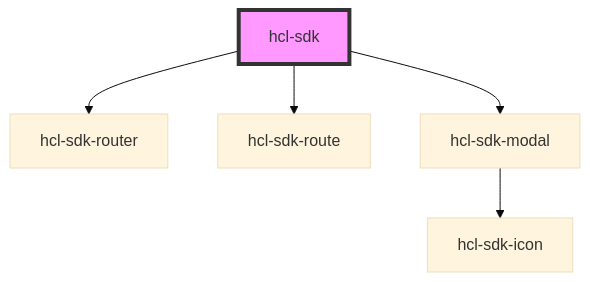
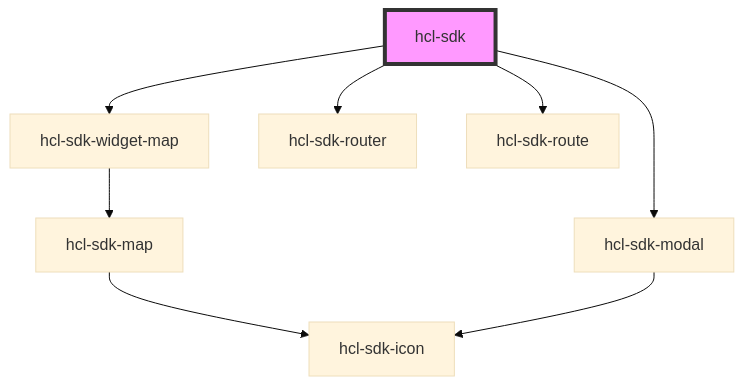
The diagram in packages/hcl-sdk-web-ui/docs/components/screens/hcl-sdk/readme.md (hcl-sdk/HealthCareLocatorWebSDK), drawn with Mermaid (base theme) before and after one commit. The commit also changed other lines of this file and 27 other files, not shown here.

Commit message:
feat(sdk-464): add configuration to allow users to set map-only widget mode

````diff
--- a/packages/hcl-sdk-web-ui/docs/components/screens/hcl-sdk/readme.md
+++ b/packages/hcl-sdk-web-ui/docs/components/screens/hcl-sdk/readme.md
@@ -60,8 +69,11 @@
 ```mermaid
 graph TD;
+  hcl-sdk --> hcl-sdk-widget-map
   hcl-sdk --> hcl-sdk-router
   hcl-sdk --> hcl-sdk-route
   hcl-sdk --> hcl-sdk-modal
+  hcl-sdk-widget-map --> hcl-sdk-map
+  hcl-sdk-map --> hcl-sdk-icon
   hcl-sdk-modal --> hcl-sdk-icon
   style hcl-sdk fill:#f9f,stroke:#333,stroke-width:4px
 ```
````
